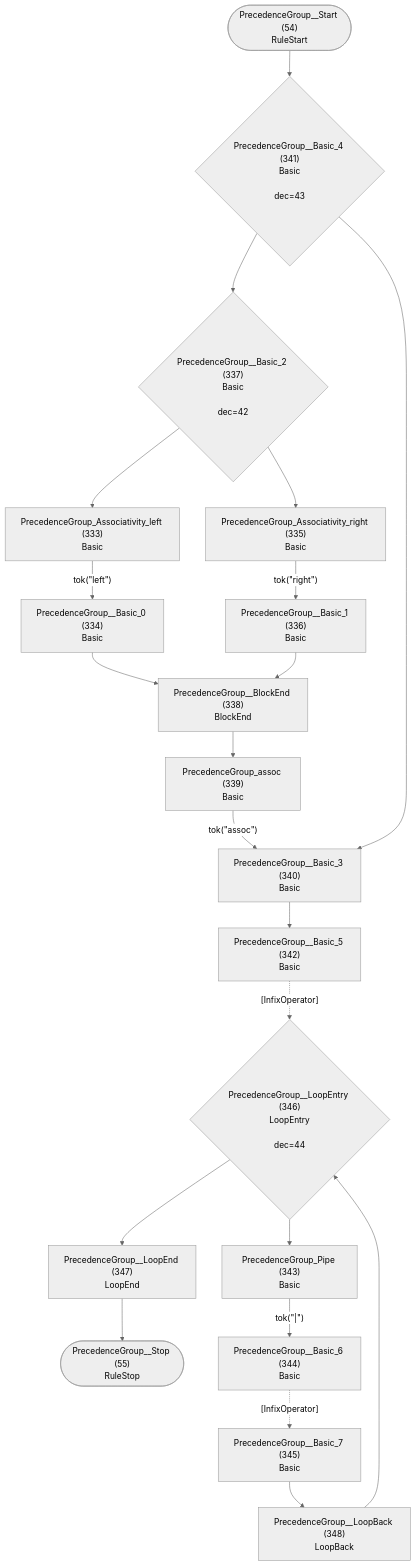
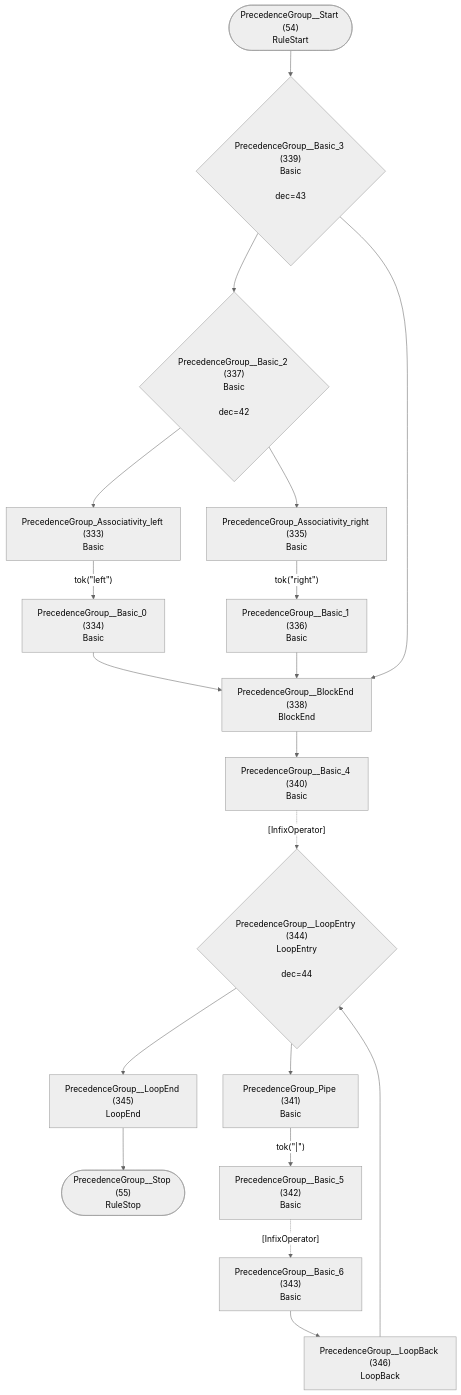
One commit to TypeFox/fastbelt changed diagram 28 of 29 in internal/grammar/atn.md. Above: the diagram before and after it, drawn with Mermaid (neutral theme). The commit also changed other lines of this file and 21 other files, not shown here.

````diff
--- a/internal/grammar/atn.md
+++ b/internal/grammar/atn.md
@@ -885,42 +885,38 @@
 ```mermaid
 flowchart TD
     q54(["PrecedenceGroup__Start (54)<br/>RuleStart"])
     q55(["PrecedenceGroup__Stop (55)<br/>RuleStop"])
     q333["PrecedenceGroup_Associativity_left (333)<br/>Basic<br/>"]
     q334["PrecedenceGroup__Basic_0 (334)<br/>Basic<br/>"]
     q335["PrecedenceGroup_Associativity_right (335)<br/>Basic<br/>"]
     q336["PrecedenceGroup__Basic_1 (336)<br/>Basic<br/>"]
     q337{"PrecedenceGroup__Basic_2 (337)<br/>Basic<br/><br/>dec=42"}
     q338["PrecedenceGroup__BlockEnd (338)<br/>BlockEnd<br/>"]
-    q339["PrecedenceGroup_assoc (339)<br/>Basic<br/>"]
-    q340["PrecedenceGroup__Basic_3 (340)<br/>Basic<br/>"]
-    q341{"PrecedenceGroup__Basic_4 (341)<br/>Basic<br/><br/>dec=43"}
+    q339{"PrecedenceGroup__Basic_3 (339)<br/>Basic<br/><br/>dec=43"}
+    q340["PrecedenceGroup__Basic_4 (340)<br/>Basic<br/>"]
+    q341["PrecedenceGroup_Pipe (341)<br/>Basic<br/>"]
     q342["PrecedenceGroup__Basic_5 (342)<br/>Basic<br/>"]
-    q343["PrecedenceGroup_Pipe (343)<br/>Basic<br/>"]
-    q344["PrecedenceGroup__Basic_6 (344)<br/>Basic<br/>"]
-    q345["PrecedenceGroup__Basic_7 (345)<br/>Basic<br/>"]
-    q346{"PrecedenceGroup__LoopEntry (346)<br/>LoopEntry<br/><br/>dec=44"}
-    q347["PrecedenceGroup__LoopEnd (347)<br/>LoopEnd<br/>"]
-    q348["PrecedenceGroup__LoopBack (348)<br/>LoopBack<br/>"]
+    q343["PrecedenceGroup__Basic_6 (343)<br/>Basic<br/>"]
+    q344{"PrecedenceGroup__LoopEntry (344)<br/>LoopEntry<br/><br/>dec=44"}
+    q345["PrecedenceGroup__LoopEnd (345)<br/>LoopEnd<br/>"]
+    q346["PrecedenceGroup__LoopBack (346)<br/>LoopBack<br/>"]
 
-    q54 --> q341
+    q54 --> q339
     q333 -->|"tok(&quot;left&quot;)"| q334
     q334 --> q338
     q335 -->|"tok(&quot;right&quot;)"| q336
     q336 --> q338
     q337 --> q333
     q337 --> q335
-    q338 --> q339
-    q339 -->|"tok(&quot;assoc&quot;)"| q340
-    q340 --> q342
-    q341 --> q337
-    q341 --> q340
-    q342 -.->|"[InfixOperator]"| q346
-    q343 -->|"tok(&quot;|&quot;)"| q344
-    q344 -.->|"[InfixOperator]"| q345
-    q345 --> q348
-    q346 --> q343
-    q346 --> q347
-    q347 --> q55
-    q348 --> q346
+    q338 --> q340
+    q339 --> q337
+    q339 --> q338
+    q340 -.->|"[InfixOperator]"| q344
+    q341 -->|"tok(&quot;|&quot;)"| q342
+    q342 -.->|"[InfixOperator]"| q343
+    q343 --> q346
+    q344 --> q341
+    q344 --> q345
+    q345 --> q55
+    q346 --> q344
 ```
````
